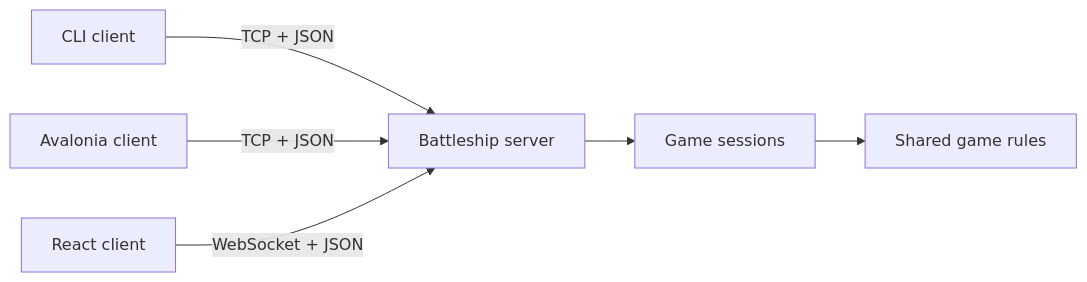
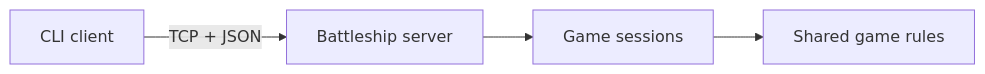
The diagram in README.md (TobiasAagaard/Battleship), drawn with Mermaid before and after one commit.

Commit message:
fixed flow chart

````diff
--- a/README.md
+++ b/README.md
@@ -10,8 +10,6 @@
 ```mermaid
 flowchart LR
     CLI["CLI client"] -->|"TCP + JSON"| Server["Battleship server"]
-    Avalonia["Avalonia client"] -->|"TCP + JSON"| Server
-    React["React client"] -->|"WebSocket + JSON"| Server
     Server --> Sessions["Game sessions"]
     Sessions --> Logic["Shared game rules"]
 ```
````
